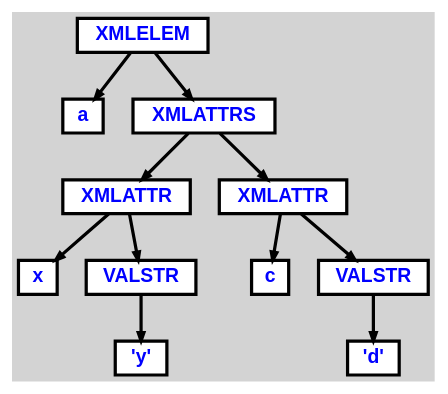
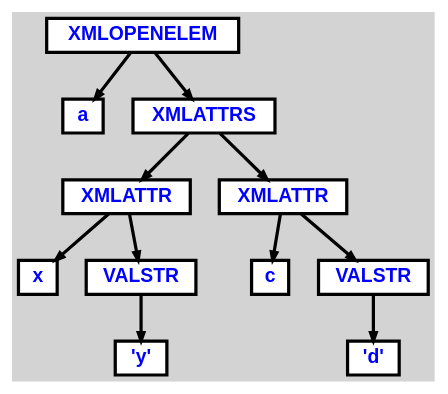
One commit to aabs/xmlpl changed the diagram in test-documents/AST-simple-element-with-one-attr.dot. Above: the diagram before and after it, drawn with Graphviz. The commit also changed 4 other files, not shown here.

```diff
--- a/test-documents/AST-simple-element-with-one-attr.dot
+++ b/test-documents/AST-simple-element-with-one-attr.dot
@@ -1,37 +1,37 @@
 digraph {
 
 	ordering=out;
 	ranksep=.4;
 	bgcolor="lightgrey"; node [shape=box, fixedsize=false, fontsize=12, fontname="Helvetica-bold", fontcolor="blue"
 		width=.25, height=.25, color="black", fillcolor="white", style="filled, solid, bold"];
 	edge [arrowsize=.5, color="black", style="bold"]
 
-  n0 [label="XMLELEM"];
+  n0 [label="XMLOPENELEM"];
   n1 [label="a"];
   n2 [label="XMLATTRS"];
   n2 [label="XMLATTRS"];
   n3 [label="XMLATTR"];
   n3 [label="XMLATTR"];
   n4 [label="x"];
   n5 [label="VALSTR"];
   n5 [label="VALSTR"];
   n6 [label="'y'"];
   n7 [label="XMLATTR"];
   n7 [label="XMLATTR"];
   n8 [label="c"];
   n9 [label="VALSTR"];
   n9 [label="VALSTR"];
   n10 [label="'d'"];
 
-  n0 -> n1 // "XMLELEM" -> "a"
-  n0 -> n2 // "XMLELEM" -> "XMLATTRS"
+  n0 -> n1 // "XMLOPENELEM" -> "a"
+  n0 -> n2 // "XMLOPENELEM" -> "XMLATTRS"
   n2 -> n3 // "XMLATTRS" -> "XMLATTR"
   n3 -> n4 // "XMLATTR" -> "x"
   n3 -> n5 // "XMLATTR" -> "VALSTR"
   n5 -> n6 // "VALSTR" -> "'y'"
   n2 -> n7 // "XMLATTRS" -> "XMLATTR"
   n7 -> n8 // "XMLATTR" -> "c"
   n7 -> n9 // "XMLATTR" -> "VALSTR"
   n9 -> n10 // "VALSTR" -> "'d'"
 
 }
```
